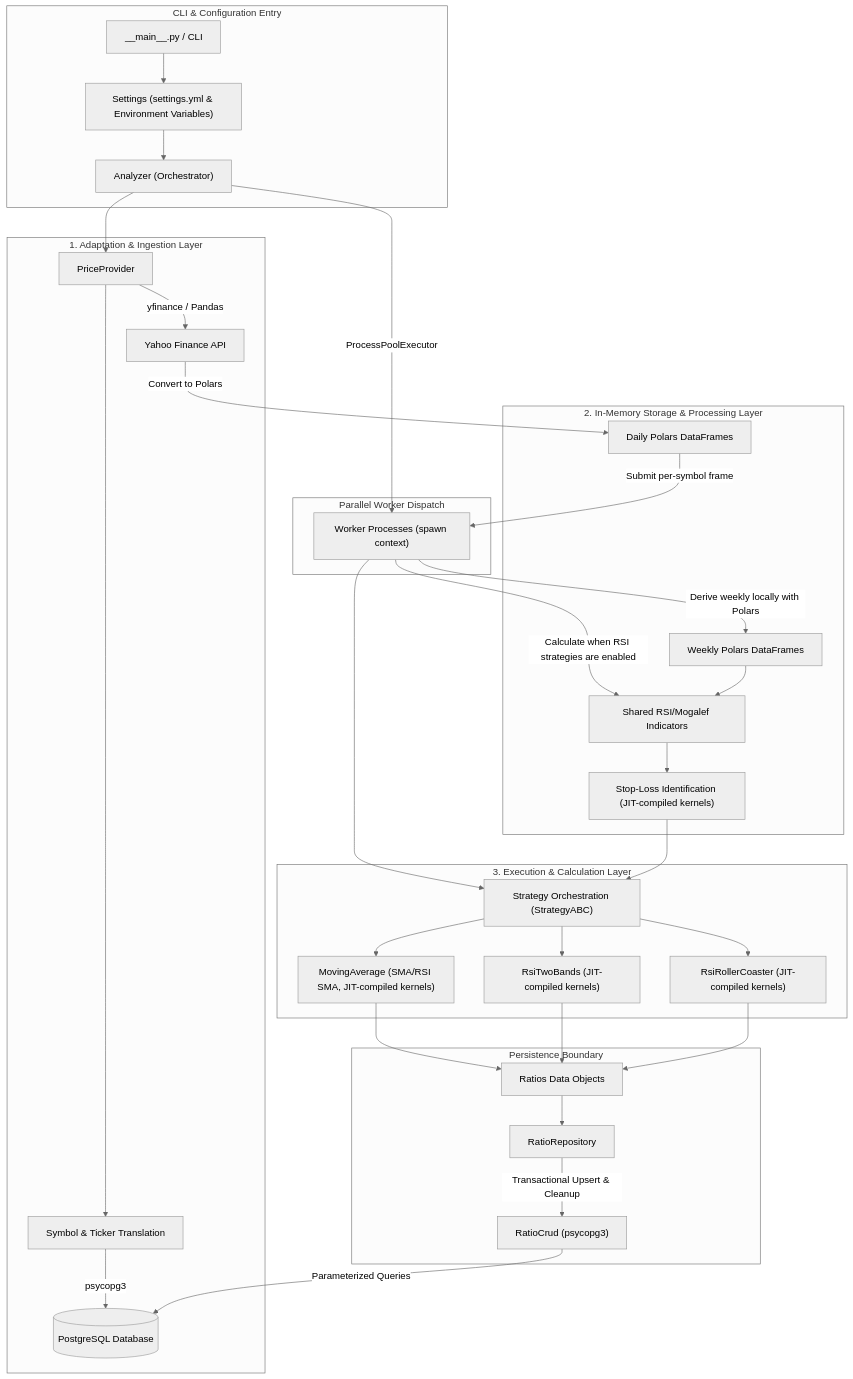
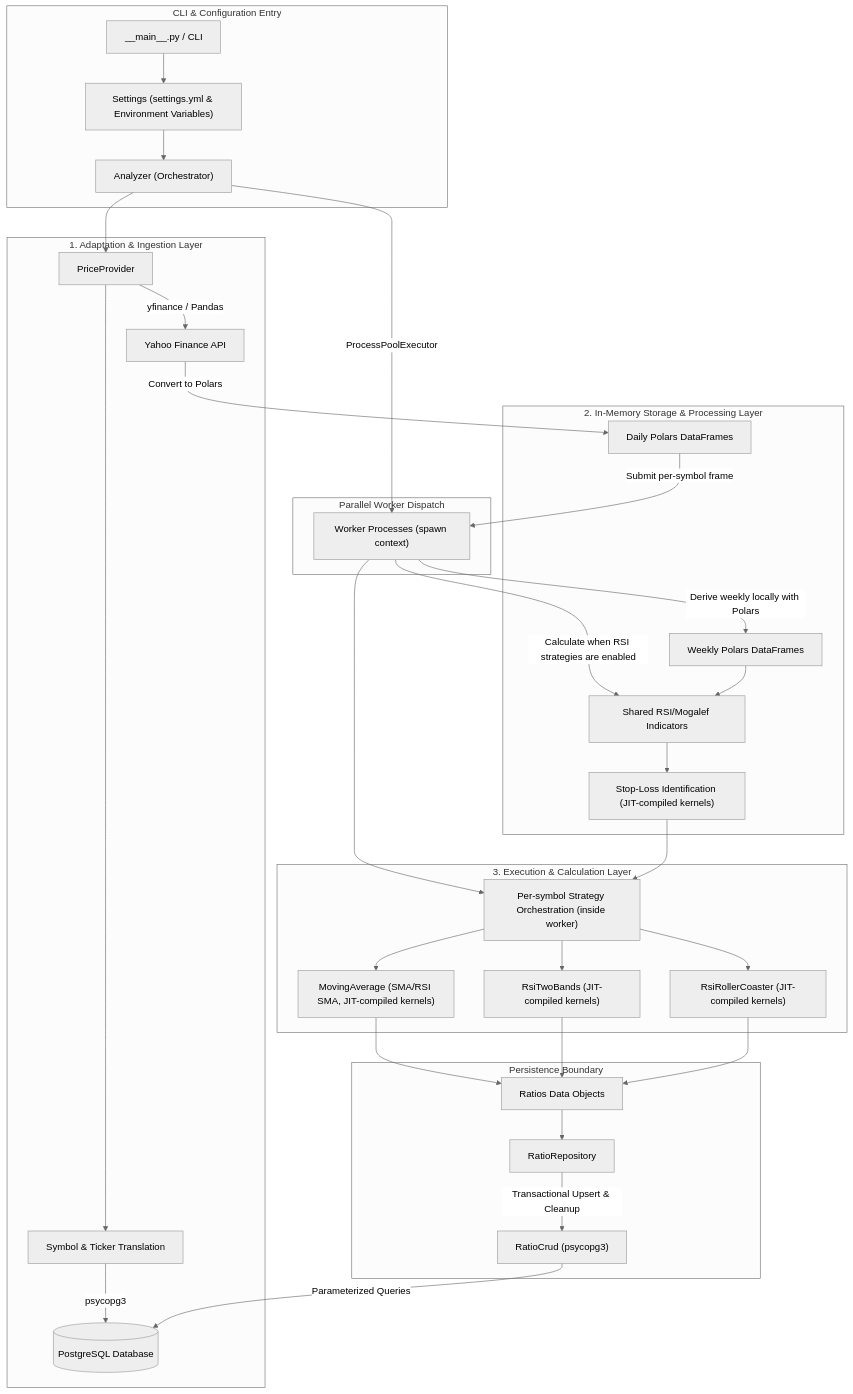
One commit to NestorDR/radar-core changed the diagram in README.md. Above: the diagram before and after it, drawn with Mermaid (neutral theme).

Commit message:
Refine README to enhance accuracy of technical descriptions and architecture details.

````diff
--- a/README.md
+++ b/README.md
@@ -80,44 +80,44 @@
 ```mermaid
 flowchart TD
     subgraph CLI ["CLI & Configuration Entry"]
         Main["__main__.py / CLI"] --> Settings["Settings (settings.yml & Environment Variables)"]
         Settings --> Analyzer["Analyzer (Orchestrator)"]
     end
 
     subgraph DataIngestion ["1. Adaptation & Ingestion Layer"]
         Analyzer --> PriceProvider["PriceProvider"]
         PriceProvider --> SymbolMapping["Symbol & Ticker Translation"]
         SymbolMapping -->|psycopg3| DB[("PostgreSQL Database")]
         PriceProvider -->|yfinance / Pandas| YFinance["Yahoo Finance API"]
     end
 
     subgraph Concurrency ["Parallel Worker Dispatch"]
         Analyzer -->|ProcessPoolExecutor| ParallelWorkers["Worker Processes (spawn context)"]
     end
 
     subgraph Storage ["2. In-Memory Storage & Processing Layer"]
         YFinance -->|Convert to Polars| DailyPolarsData["Daily Polars DataFrames"]
         DailyPolarsData -->|Submit per-symbol frame| ParallelWorkers
         ParallelWorkers -->|Derive weekly locally with Polars| PolarsWeeklyData["Weekly Polars DataFrames"]
         ParallelWorkers -->|Calculate when RSI strategies are enabled| TechnicalIndicators["Shared RSI/Mogalef Indicators"]
         PolarsWeeklyData --> TechnicalIndicators
         TechnicalIndicators --> StopLoss["Stop-Loss Identification (JIT-compiled kernels)"]
     end
 
     subgraph Execution ["3. Execution & Calculation Layer"]
-        ParallelWorkers --> StrategyOrch["Strategy Orchestration (StrategyABC)"]
+        ParallelWorkers --> StrategyOrch["Per-symbol Strategy Orchestration (inside worker)"]
         StopLoss --> StrategyOrch
         StrategyOrch --> MA["MovingAverage (SMA/RSI SMA, JIT-compiled kernels)"]
         StrategyOrch --> RSI2B["RsiTwoBands (JIT-compiled kernels)"]
         StrategyOrch --> RSIRC["RsiRollerCoaster (JIT-compiled kernels)"]
     end
 
     subgraph Persistence ["Persistence Boundary"]
         MA --> RatiosOutput["Ratios Data Objects"]
         RSI2B --> RatiosOutput
         RSIRC --> RatiosOutput
         RatiosOutput --> RatioRepo["RatioRepository"]
         RatioRepo -->|Transactional Upsert & Cleanup| RatioCrud["RatioCrud (psycopg3)"]
         RatioCrud -->|Parameterized Queries| DB
     end
 ```
````
